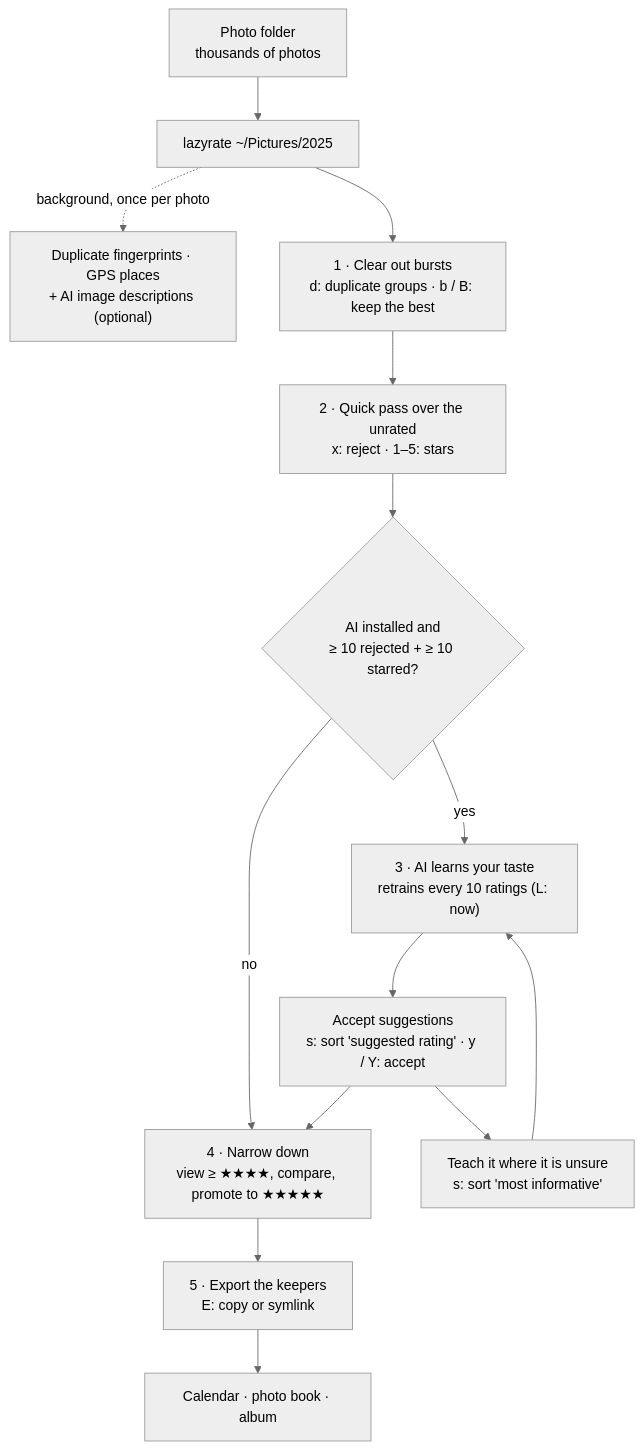
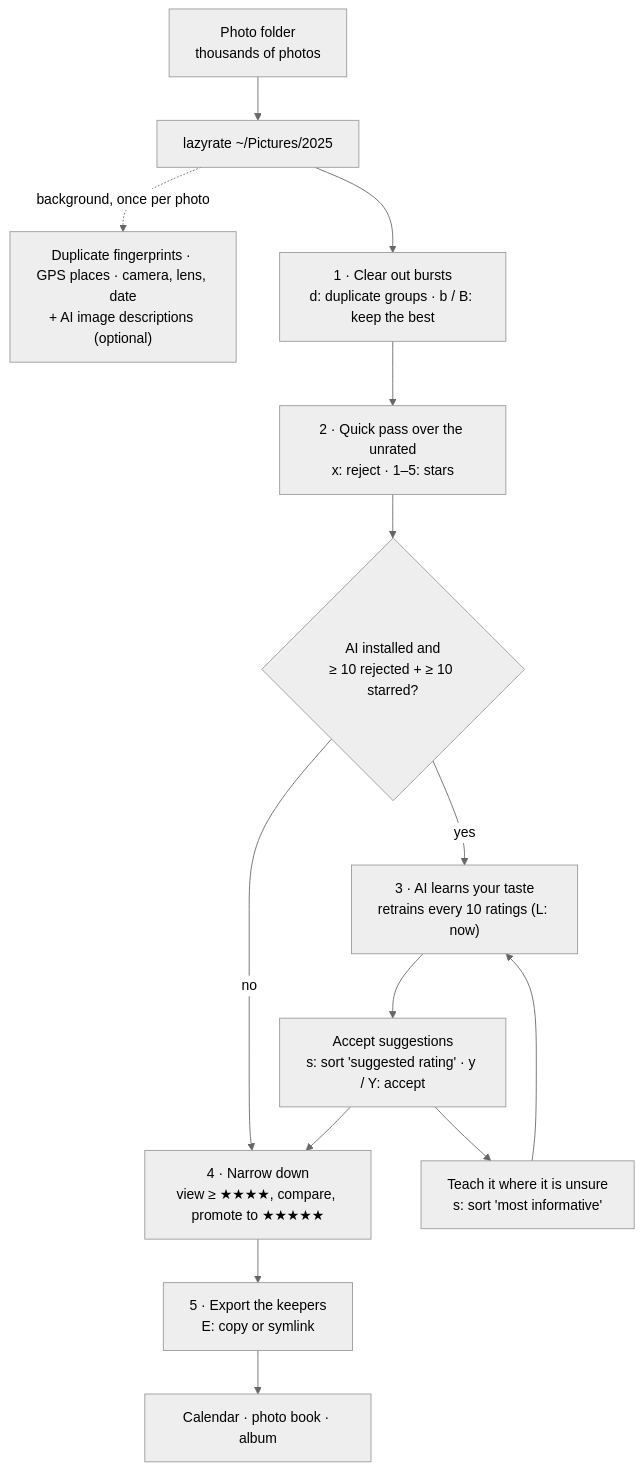
One commit to wrichert/imgrate changed the diagram in README.md. Above: the diagram before and after it, drawn with Mermaid (neutral theme). The commit also changed other lines of this file, not shown here.

Commit message:
README: RAW culling and camera filter recipes, disclaimer and overview mention XMP writes

````diff
--- a/README.md
+++ b/README.md
@@ -43,16 +43,16 @@
 ```mermaid
 flowchart TD
     folder["Photo folder<br/>thousands of photos"] --> start["lazyrate ~/Pictures/2025"]
-    start -. "background, once per photo" .-> index["Duplicate fingerprints · GPS places<br/>+ AI image descriptions (optional)"]
+    start -. "background, once per photo" .-> index["Duplicate fingerprints · GPS places · camera, lens, date<br/>+ AI image descriptions (optional)"]
     start --> dupes["1 · Clear out bursts<br/>d: duplicate groups · b / B: keep the best"]
     dupes --> pass["2 · Quick pass over the unrated<br/>x: reject · 1–5: stars"]
     pass --> enough{"AI installed and<br/>≥ 10 rejected + ≥ 10 starred?"}
     enough -- "no" --> narrow
     enough -- "yes" --> learn["3 · AI learns your taste<br/>retrains every 10 ratings (L: now)"]
     learn --> accept["Accept suggestions<br/>s: sort 'suggested rating' · y / Y: accept"]
     accept --> teach["Teach it where it is unsure<br/>s: sort 'most informative'"]
     teach --> learn
     accept --> narrow["4 · Narrow down<br/>view ≥ ★★★★, compare, promote to ★★★★★"]
     narrow --> export["5 · Export the keepers<br/>E: copy or symlink"]
     export --> result["Calendar · photo book · album"]
 ```
````
